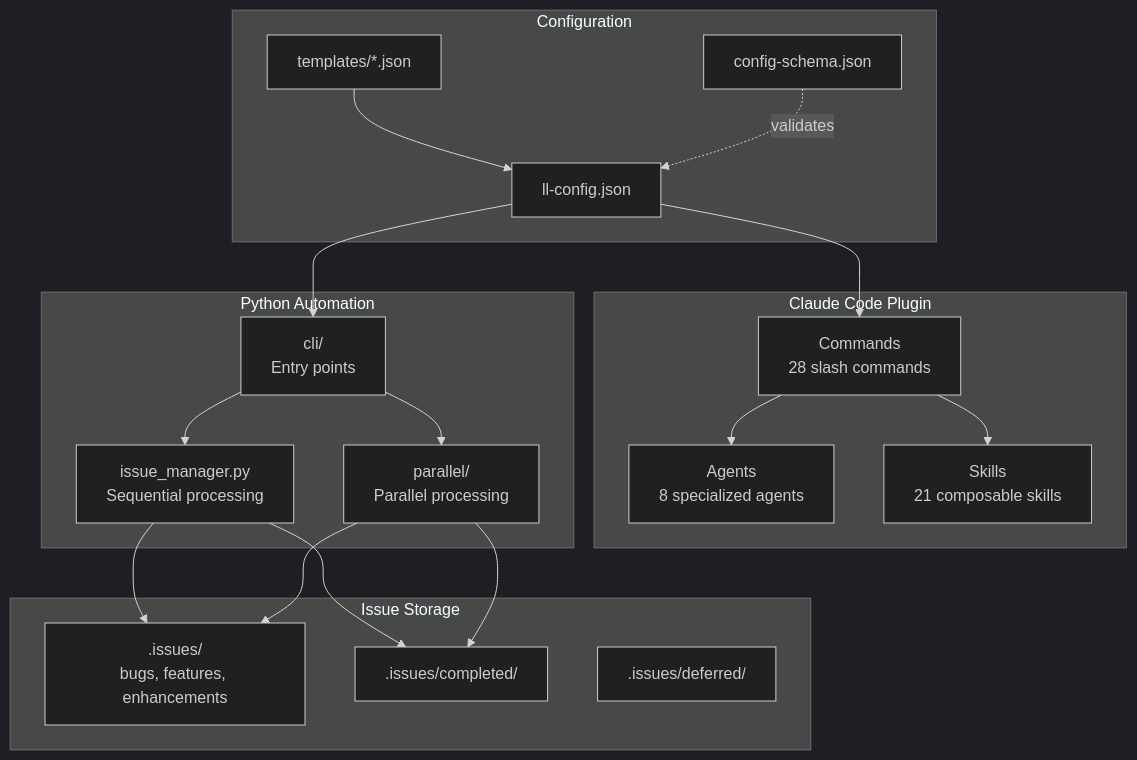
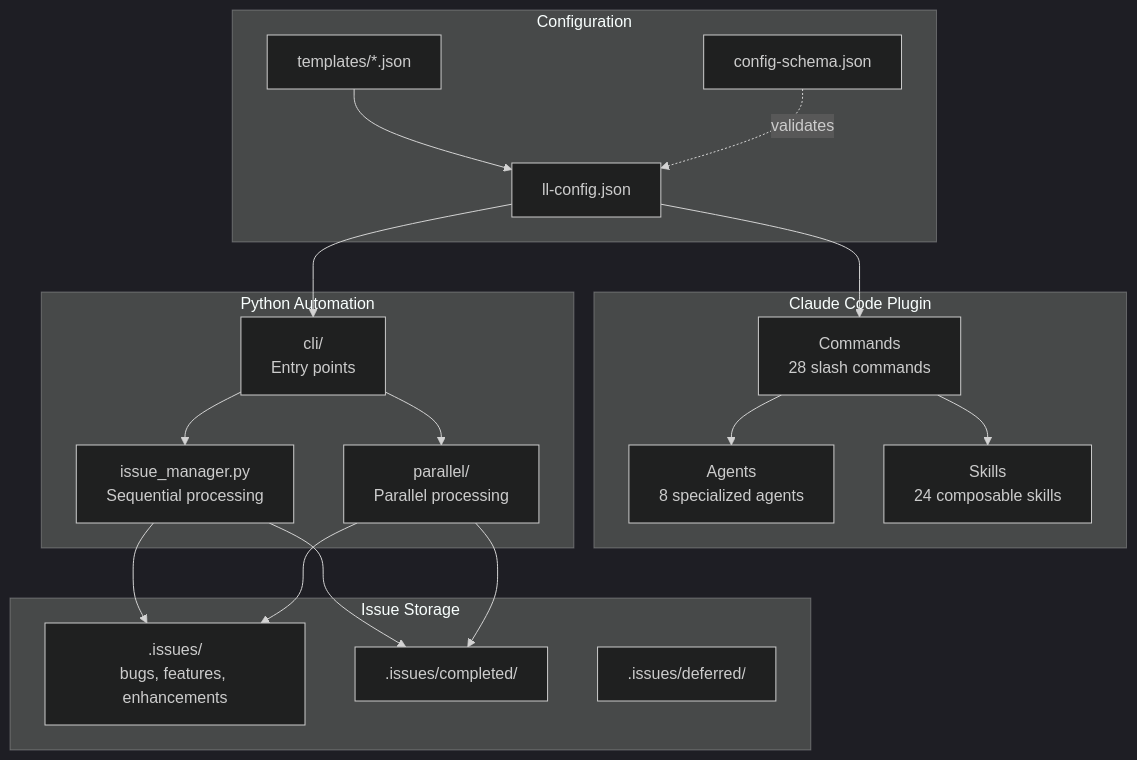
One commit to BrennonTWilliams/little-loops changed the first of 13 diagrams in docs/ARCHITECTURE.md. Above: the diagram before and after it, drawn with Mermaid (dark theme). The commit also changed other lines of this file and 9 other files, not shown here.

````diff
--- a/docs/ARCHITECTURE.md
+++ b/docs/ARCHITECTURE.md
@@ -21,39 +21,39 @@
 ```mermaid
 flowchart TB
     subgraph "Claude Code Plugin"
         CMD[Commands<br/>28 slash commands]
         AGT[Agents<br/>8 specialized agents]
-        SKL[Skills<br/>21 composable skills]
+        SKL[Skills<br/>24 composable skills]
     end
 
     subgraph "Configuration"
         CFG[ll-config.json]
         SCHEMA[config-schema.json]
         TPL[templates/*.json]
     end
 
     subgraph "Python Automation"
         CLI[cli/<br/>Entry points]
         AUTO[issue_manager.py<br/>Sequential processing]
         PARALLEL[parallel/<br/>Parallel processing]
     end
 
     subgraph "Issue Storage"
         ISSUES[.issues/<br/>bugs, features, enhancements]
         COMPLETED[.issues/completed/]
         DEFERRED[.issues/deferred/]
     end
 
     CFG --> CMD
     TPL --> CFG
     SCHEMA -.->|validates| CFG
     CFG --> CLI
     CMD --> AGT
     CMD --> SKL
     CLI --> AUTO
     CLI --> PARALLEL
     AUTO --> ISSUES
     PARALLEL --> ISSUES
     AUTO --> COMPLETED
     PARALLEL --> COMPLETED
 ```
````
